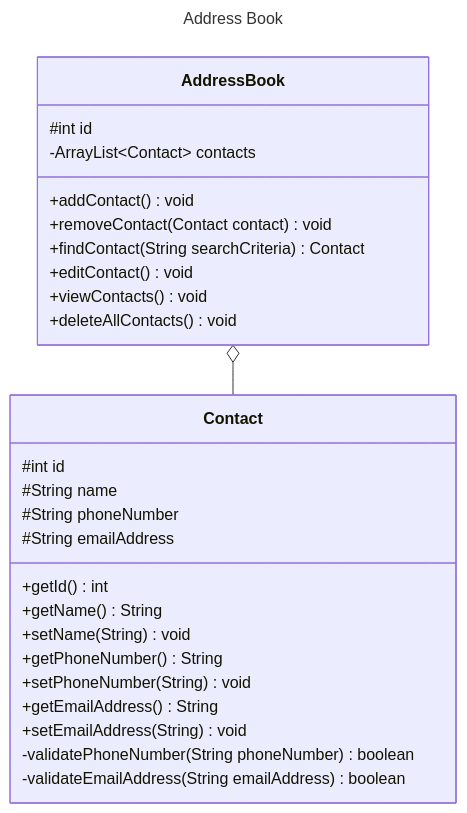
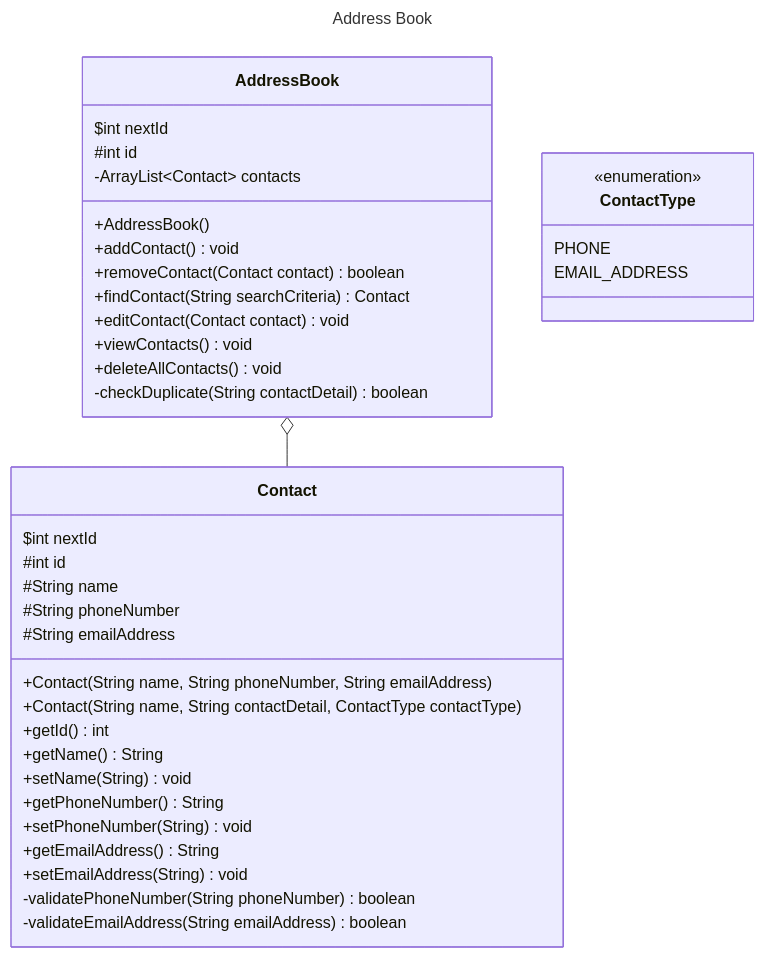
Before and after one commit to chantalsantos7/dfa-challenge-3-address-book: the diagram in docs/domain-models-test-plan.md, drawn with Mermaid. The commit also changed other lines of this file, not shown here.

Commit message:
DOCS: Update test plan and class diagram

````diff
--- a/docs/domain-models-test-plan.md
+++ b/docs/domain-models-test-plan.md
@@ -30,36 +30,48 @@
 ```mermaid
 ---
 title: Address Book
 ---
 
 classDiagram
     AddressBook o-- Contact
     class AddressBook {
+        $int nextId
         #int id
         -ArrayList~Contact~ contacts
         
+        +AddressBook()
         +addContact() void
-        +removeContact(Contact contact) void
+        +removeContact(Contact contact) boolean
         +findContact(String searchCriteria) Contact
-        +editContact() void
+        +editContact(Contact contact) void
         +viewContacts() void
         +deleteAllContacts() void
+        -checkDuplicate(String contactDetail) boolean
     }
     
     class Contact {
+        $int nextId
         #int id
         #String name
         #String phoneNumber
         #String emailAddress
         
+        +Contact(String name, String phoneNumber, String emailAddress)
+        +Contact(String name, String contactDetail, ContactType contactType)
         +getId() int
         +getName() String
         +setName(String) void
         +getPhoneNumber() String
         +setPhoneNumber(String) void
         +getEmailAddress() String
         +setEmailAddress(String) void
         -validatePhoneNumber(String phoneNumber) boolean
         -validateEmailAddress(String emailAddress) boolean
     }
+    
+    class ContactType {
+        <<enumeration>>
+        PHONE
+        EMAIL_ADDRESS
+    }
 ```
````
